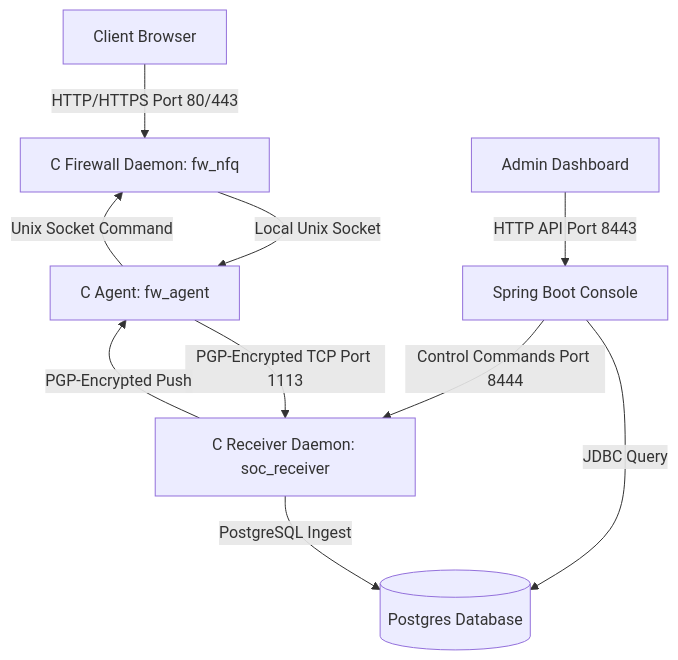
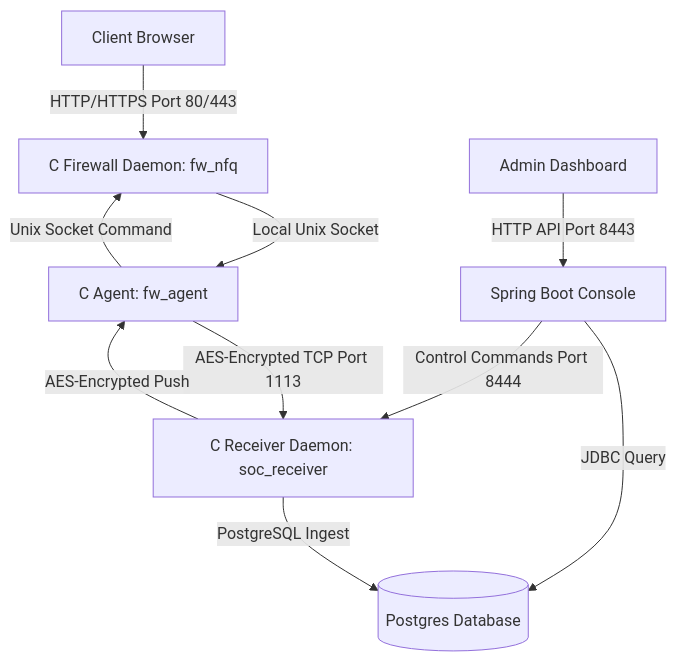
One commit to Rhythm113/firewall changed the diagram in docs/Nullsploit_Setup_Metrics.md. Above: the diagram before and after it, drawn with Mermaid. The commit also changed other lines of this file and 58 other files, not shown here.

Commit message:
Architecture changes

````diff
--- a/docs/Nullsploit_Setup_Metrics.md
+++ b/docs/Nullsploit_Setup_Metrics.md
@@ -11,12 +11,12 @@
 ```mermaid
 graph TD
     Client[Client Browser] -->|HTTP/HTTPS Port 80/443| AgentFW[C Firewall Daemon: fw_nfq]
     AgentFW -->|Local Unix Socket| Agent[C Agent: fw_agent]
-    Agent -->|PGP-Encrypted TCP Port 1113| Receiver[C Receiver Daemon: soc_receiver]
+    Agent -->|AES-Encrypted TCP Port 1113| Receiver[C Receiver Daemon: soc_receiver]
     Receiver -->|PostgreSQL Ingest| DB[(Postgres Database)]
     Spring[Spring Boot Console] -->|JDBC Query| DB
     ClientBrowser[Admin Dashboard] -->|HTTP API Port 8443| Spring
     Spring -->|Control Commands Port 8444| Receiver
-    Receiver -->|PGP-Encrypted Push| Agent
+    Receiver -->|AES-Encrypted Push| Agent
     Agent -->|Unix Socket Command| AgentFW
 ```
````
